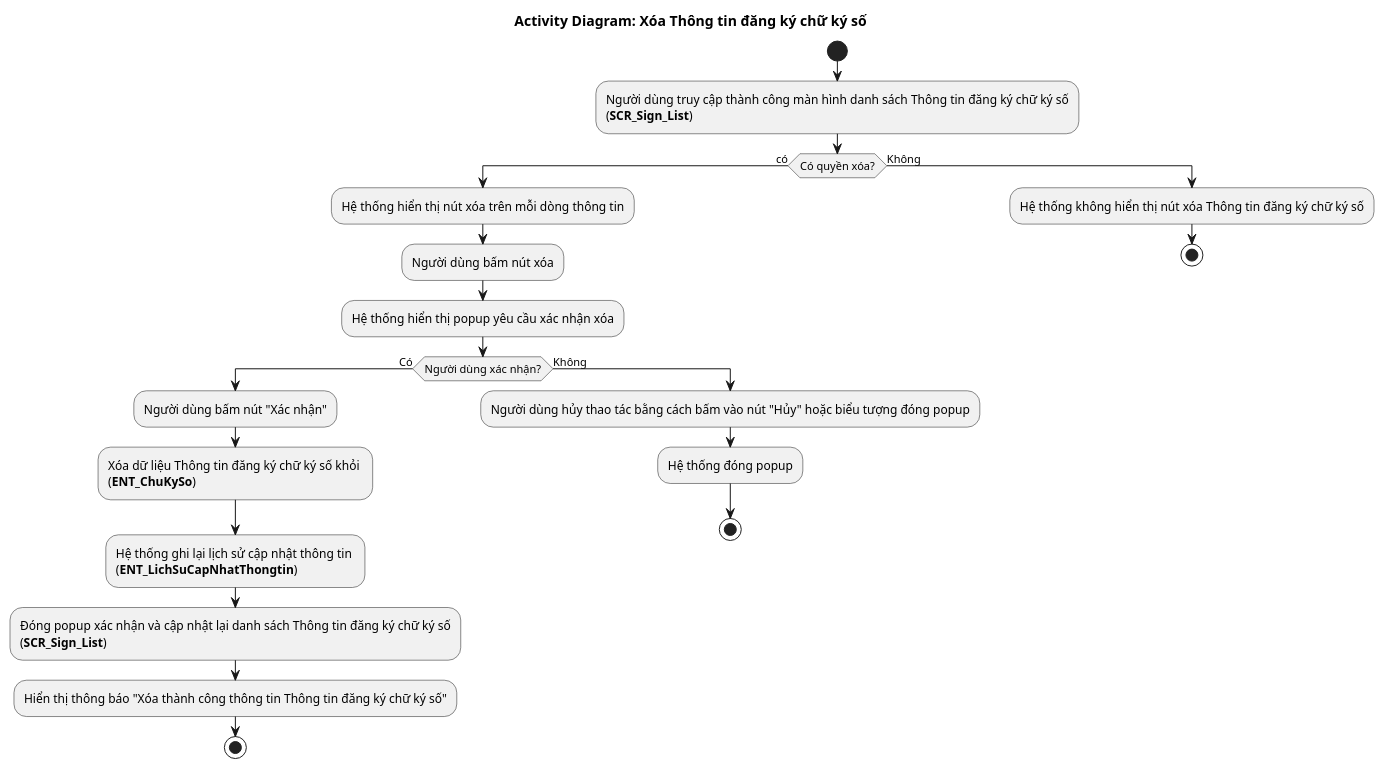
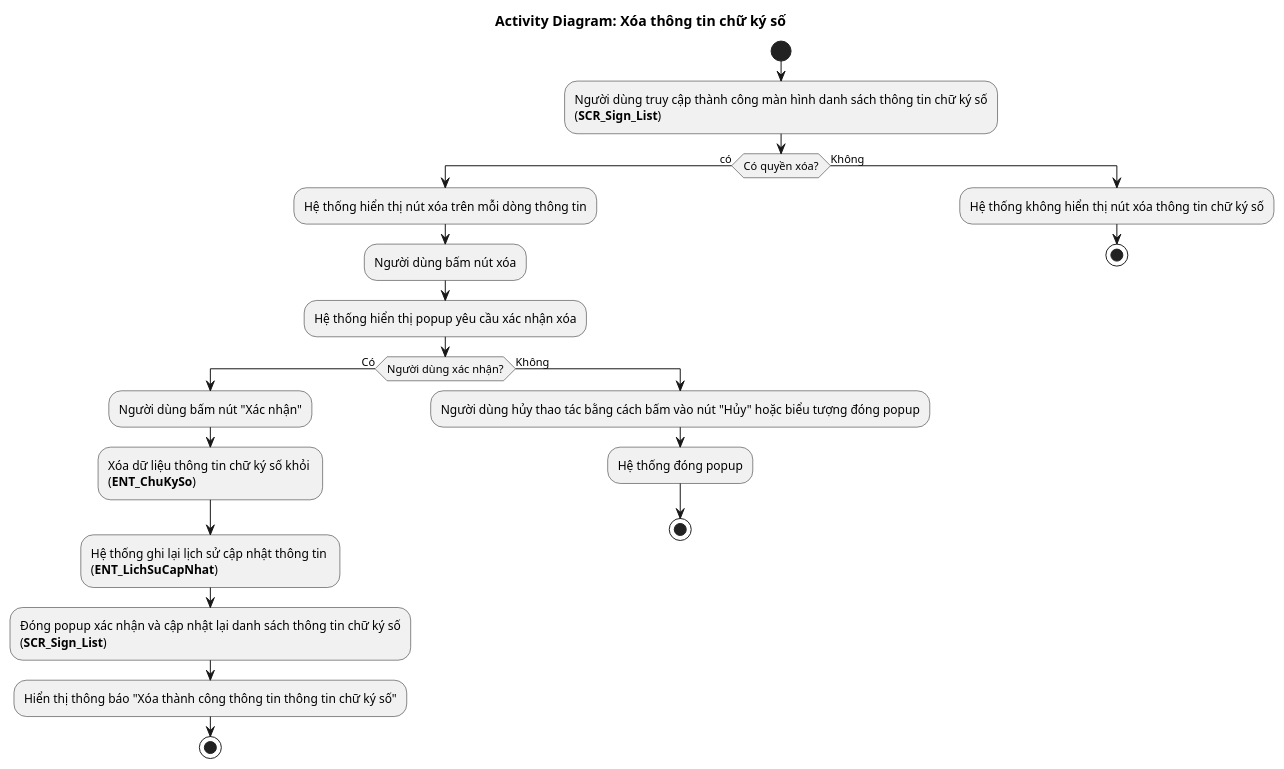
One commit to phuongpm23/nds-docs-test changed the diagram in ba/[NDS-E-00056] Quản lý chữ ký số/4.usecases/[NDS-U-00062] Xoa/AD_Sign_Delete.puml. Above: the diagram before and after it, drawn with PlantUML. The commit also changed 39 other files, not shown here.

```diff
--- a/ba/[NDS-E-00056] Quản lý chữ ký số/4.usecases/[NDS-U-00062] Xoa/AD_Sign_Delete.puml
+++ b/ba/[NDS-E-00056] Quản lý chữ ký số/4.usecases/[NDS-U-00062] Xoa/AD_Sign_Delete.puml
@@ -1,26 +1,26 @@
 @startuml AD_Sign_Detail
 !pragma layout smetana
-title Activity Diagram: Xóa Thông tin đăng ký chữ ký số
+title Activity Diagram: Xóa thông tin chữ ký số
 
 start
-:Người dùng truy cập thành công màn hình danh sách Thông tin đăng ký chữ ký số\n(**SCR_Sign_List**);
+:Người dùng truy cập thành công màn hình danh sách thông tin chữ ký số\n(**SCR_Sign_List**);
 if (Có quyền xóa?) then (có)
 :Hệ thống hiển thị nút xóa trên mỗi dòng thông tin;
 :Người dùng bấm nút xóa;
 :Hệ thống hiển thị popup yêu cầu xác nhận xóa;
 if (Người dùng xác nhận?) then (Có)
   :Người dùng bấm nút "Xác nhận";
-    :Xóa dữ liệu Thông tin đăng ký chữ ký số khỏi \n(**ENT_ChuKySo**);
-    :Hệ thống ghi lại lịch sử cập nhật thông tin \n(**ENT_LichSuCapNhatThongtin**);
-    :Đóng popup xác nhận và cập nhật lại danh sách Thông tin đăng ký chữ ký số\n(**SCR_Sign_List**);
-    :Hiển thị thông báo "Xóa thành công thông tin Thông tin đăng ký chữ ký số";
+    :Xóa dữ liệu thông tin chữ ký số khỏi \n(**ENT_ChuKySo**);
+    :Hệ thống ghi lại lịch sử cập nhật thông tin \n(**ENT_LichSuCapNhat**);
+    :Đóng popup xác nhận và cập nhật lại danh sách thông tin chữ ký số\n(**SCR_Sign_List**);
+    :Hiển thị thông báo "Xóa thành công thông tin thông tin chữ ký số";
     stop
 else (Không)
   :Người dùng hủy thao tác bằng cách bấm vào nút "Hủy" hoặc biểu tượng đóng popup;
   :Hệ thống đóng popup;
   stop
 endif
 else (Không)
-:Hệ thống không hiển thị nút xóa Thông tin đăng ký chữ ký số;
+:Hệ thống không hiển thị nút xóa thông tin chữ ký số;
 stop
 @enduml
```
